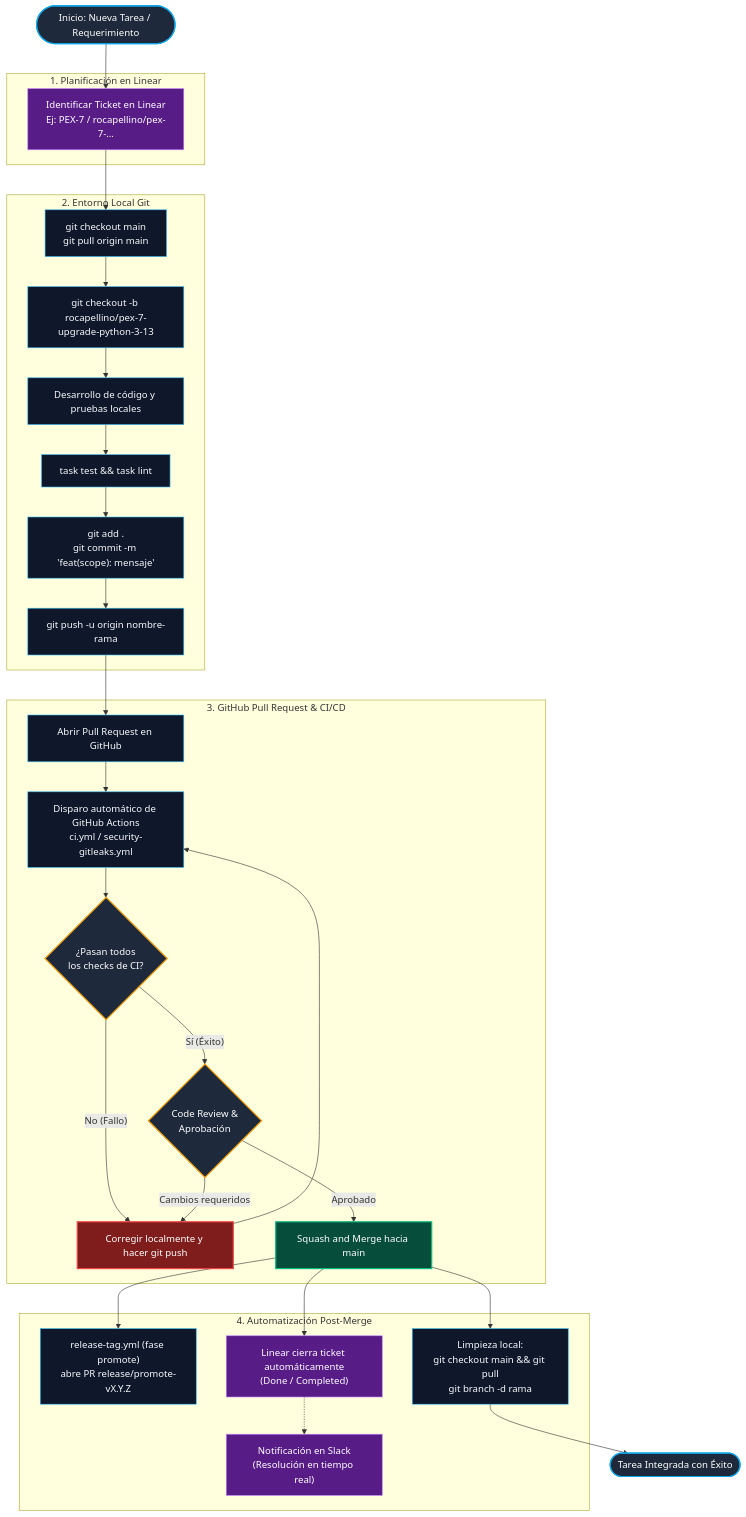
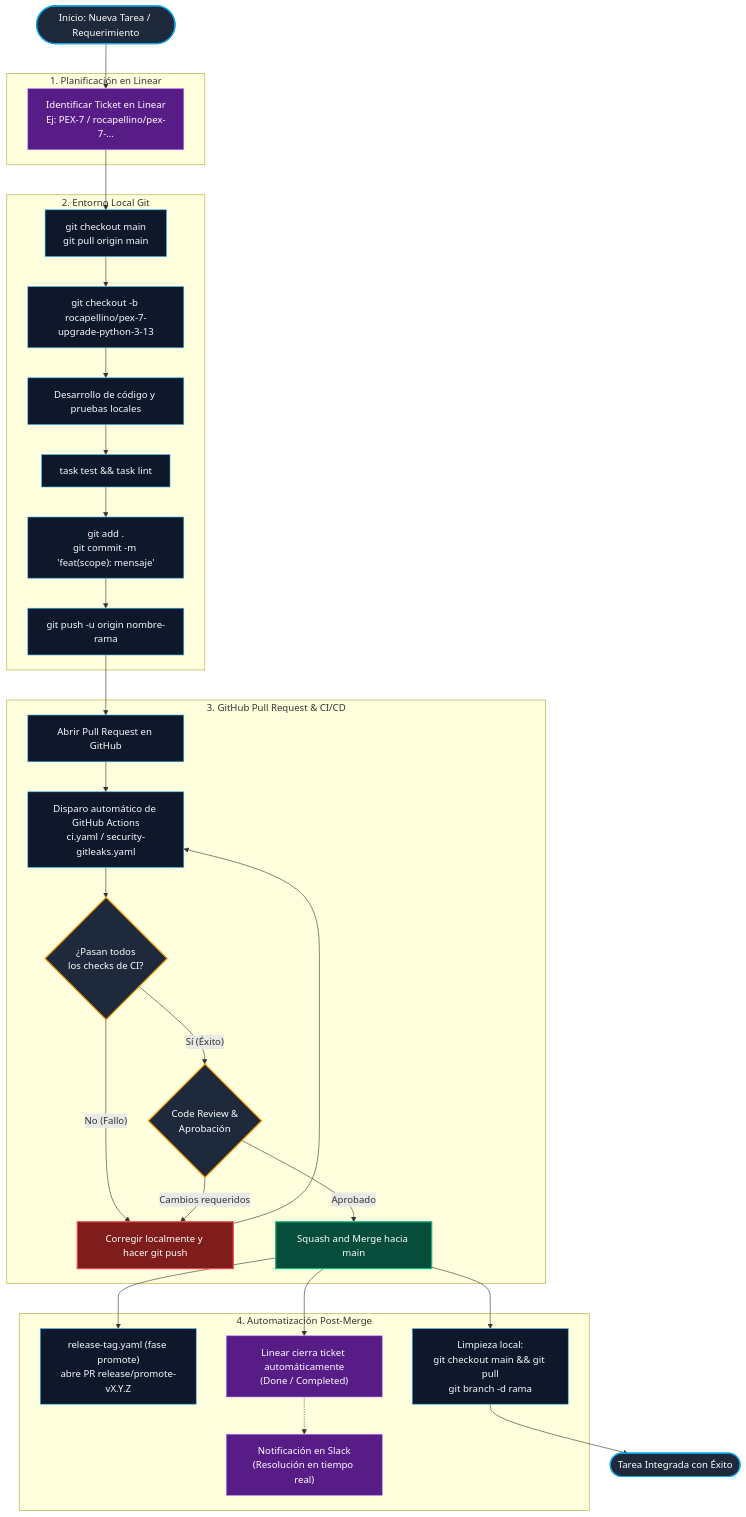
Before and after one commit to rocapellino/pokedex: the first of 2 diagrams in docs/devops/GIT_BRANCHING_AND_MERGE_WORKFLOW.md, drawn with Mermaid. The commit also changed other lines of this file and 24 other files, not shown here.

````diff
--- a/docs/devops/GIT_BRANCHING_AND_MERGE_WORKFLOW.md
+++ b/docs/devops/GIT_BRANCHING_AND_MERGE_WORKFLOW.md
@@ -40,73 +40,73 @@
 ```mermaid
 flowchart TD
     %% Definición de Nodos
     Start(["Inicio: Nueva Tarea / Requerimiento"])
 
     subgraph Planificacion ["1. Planificación en Linear"]
         LinearIssue["Identificar Ticket en Linear<br/>Ej: PEX-7 / rocapellino/pex-7-..."]
     end
 
     subgraph DesarrolloLocal ["2. Entorno Local Git"]
         SyncMain["git checkout main<br/>git pull origin main"]
         CreateBranch["git checkout -b rocapellino/pex-7-upgrade-python-3-13"]
         Coding["Desarrollo de código y pruebas locales"]
         LocalAudit["task test && task lint"]
         CommitChanges["git add .<br/>git commit -m 'feat(scope): mensaje'"]
         PushRemote["git push -u origin nombre-rama"]
     end
 
     subgraph RevisionGitHub ["3. GitHub Pull Request & CI/CD"]
         OpenPR["Abrir Pull Request en GitHub"]
-        CIWorkflow["Disparo automático de GitHub Actions<br/>ci.yml / security-gitleaks.yml"]
+        CIWorkflow["Disparo automático de GitHub Actions<br/>ci.yaml / security-gitleaks.yaml"]
         CheckCI{"¿Pasan todos<br/>los checks de CI?"}
         FixLocally["Corregir localmente y hacer git push"]
         ReviewCopilot{"Code Review &<br/>Aprobación"}
         MergeToMain["Squash and Merge hacia main"]
     end
 
     subgraph PostMerge ["4. Automatización Post-Merge"]
-        AutoTag["release-tag.yml (fase promote)<br/>abre PR release/promote-vX.Y.Z"]
+        AutoTag["release-tag.yaml (fase promote)<br/>abre PR release/promote-vX.Y.Z"]
         LinearClose["Linear cierra ticket automáticamente<br/>(Done / Completed)"]
         SlackDone["Notificación en Slack<br/>(Resolución en tiempo real)"]
         CleanLocal["Limpieza local:<br/>git checkout main && git pull<br/>git branch -d rama"]
     end
 
     Finish(["Tarea Integrada con Éxito"])
 
     %% Conexiones
     Start --> LinearIssue
     LinearIssue --> SyncMain
     SyncMain --> CreateBranch
     CreateBranch --> Coding
     Coding --> LocalAudit
     LocalAudit --> CommitChanges
     CommitChanges --> PushRemote
     PushRemote --> OpenPR
     OpenPR --> CIWorkflow
     CIWorkflow --> CheckCI
     CheckCI -- "No (Fallo)" --> FixLocally
     FixLocally --> CIWorkflow
     CheckCI -- "Sí (Éxito)" --> ReviewCopilot
     ReviewCopilot -- "Cambios requeridos" --> FixLocally
     ReviewCopilot -- "Aprobado" --> MergeToMain
     MergeToMain --> AutoTag
     MergeToMain --> LinearClose
     LinearClose -.-> SlackDone
     MergeToMain --> CleanLocal
     CleanLocal --> Finish
 
     %% Estilos
     classDef startEnd fill:#1e293b,stroke:#0ea5e9,stroke-width:2px,color:#fff;
     classDef gitAction fill:#0f172a,stroke:#38bdf8,stroke-width:1px,color:#f8fafc;
     classDef linearStep fill:#581c87,stroke:#c084fc,stroke-width:1px,color:#fff;
     classDef decision fill:#1e293b,stroke:#f59e0b,stroke-width:2px,color:#fff;
     classDef success fill:#064e3b,stroke:#10b981,stroke-width:2px,color:#fff;
     classDef fail fill:#7f1d1d,stroke:#ef4444,stroke-width:2px,color:#fff;
 
     class Start,Finish startEnd;
     class LinearIssue,LinearClose,SlackDone linearStep;
     class SyncMain,CreateBranch,Coding,LocalAudit,CommitChanges,PushRemote,OpenPR,CIWorkflow,AutoTag,CleanLocal gitAction;
     class CheckCI,ReviewCopilot decision;
     class MergeToMain success;
     class FixLocally fail;
 ```
````
